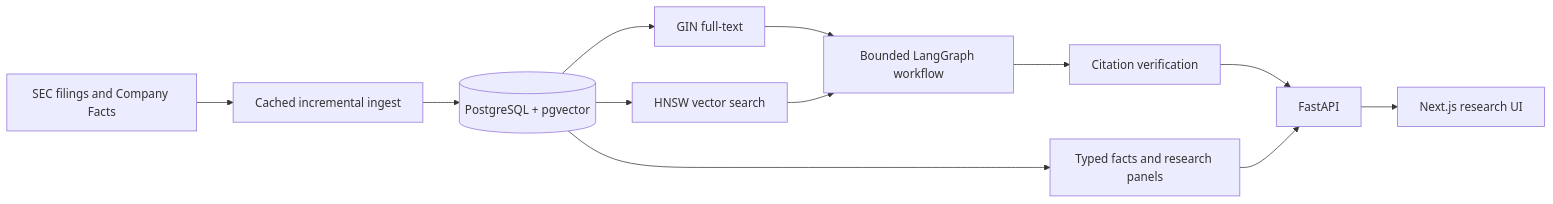
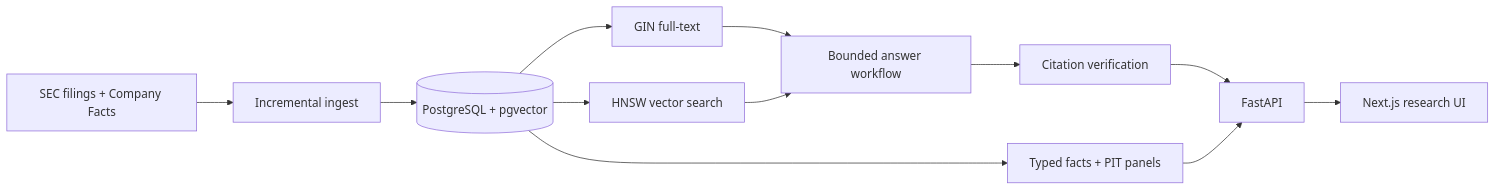
The diagram in README.md (kenchengkc/the-financial-document-retrieval-engine), drawn with Mermaid before and after one commit. The commit also changed other lines of this file, not shown here.

````diff
--- a/README.md
+++ b/README.md
@@ -68,14 +53,14 @@
 ```mermaid
 flowchart LR
-  sec[SEC filings and Company Facts] --> ingest[Cached incremental ingest]
+  sec[SEC filings + Company Facts] --> ingest[Incremental ingest]
   ingest --> pg[(PostgreSQL + pgvector)]
   pg --> sparse[GIN full-text]
   pg --> dense[HNSW vector search]
-  sparse --> workflow[Bounded LangGraph workflow]
+  sparse --> workflow[Bounded answer workflow]
   dense --> workflow
-  pg --> facts[Typed facts and research panels]
+  pg --> facts[Typed facts + PIT panels]
   workflow --> verify[Citation verification]
   verify --> api[FastAPI]
   facts --> api
   api --> web[Next.js research UI]
 ```
````
